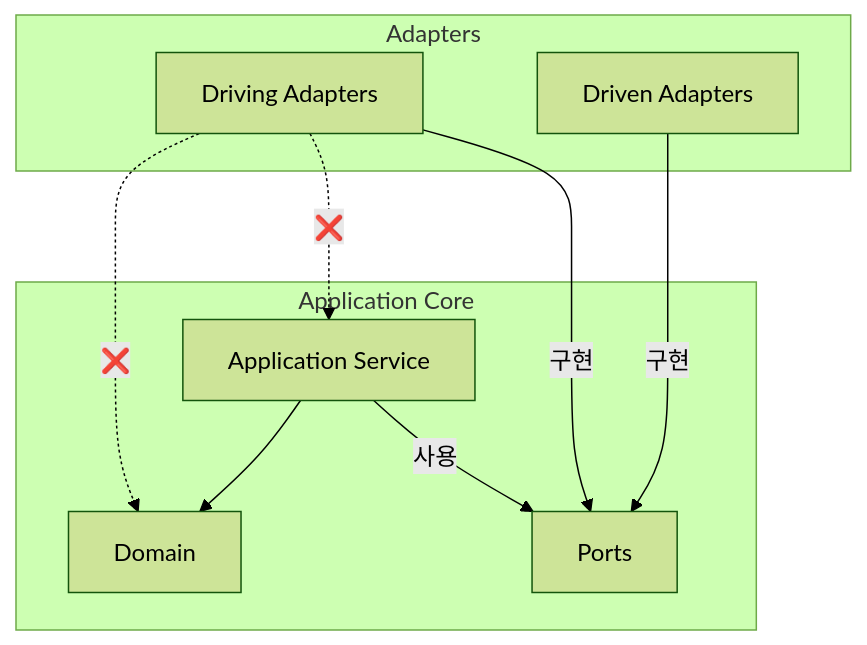
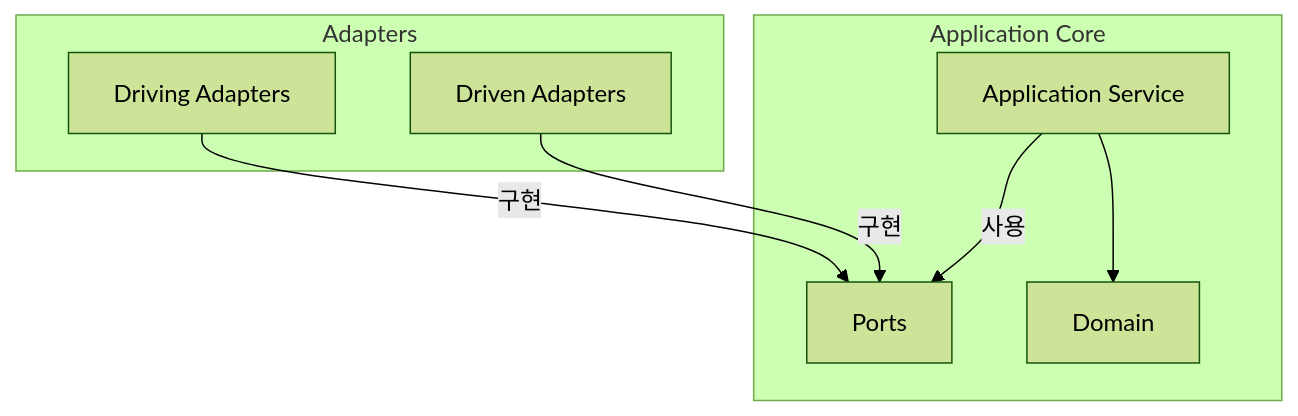
One commit to advanced-beginner/advanced-beginner.github.io changed the seventh of 12 diagrams in content/ko/ddd/concepts/hexagonal-architecture.md. Above: the diagram before and after it, drawn with Mermaid (forest theme). The commit also changed other lines of this file and 13 other files, not shown here.

````diff
--- a/content/ko/ddd/concepts/hexagonal-architecture.md
+++ b/content/ko/ddd/concepts/hexagonal-architecture.md
@@ -571,21 +613,18 @@
 ```mermaid
 flowchart TB
     subgraph Adapter["Adapters"]
         DA["Driving Adapters"]
         DRA["Driven Adapters"]
     end
 
     subgraph Core["Application Core"]
         PORT["Ports"]
         APP["Application Service"]
         DOM["Domain"]
     end
 
     DA -->|"구현"| PORT
     DRA -->|"구현"| PORT
     APP -->|"사용"| PORT
     APP --> DOM
-
-    DA -.->|"❌"| APP
-    DA -.->|"❌"| DOM
 ```
````
